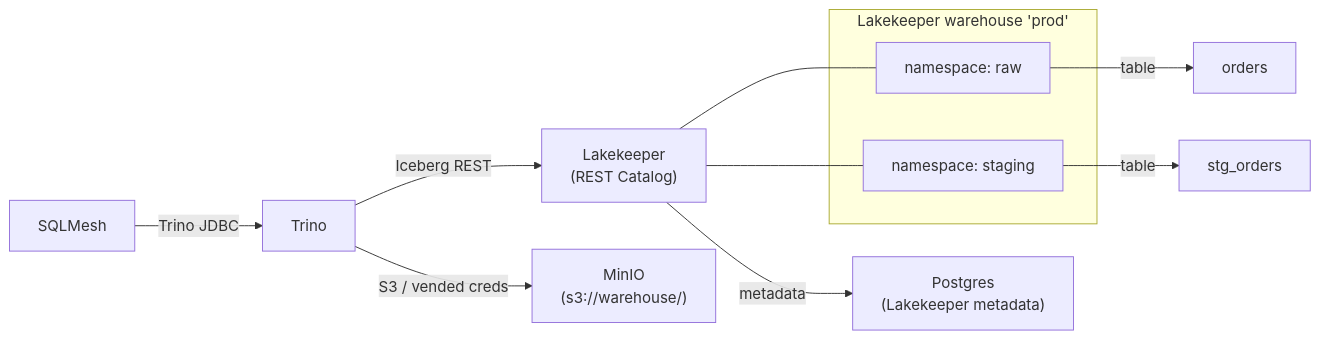
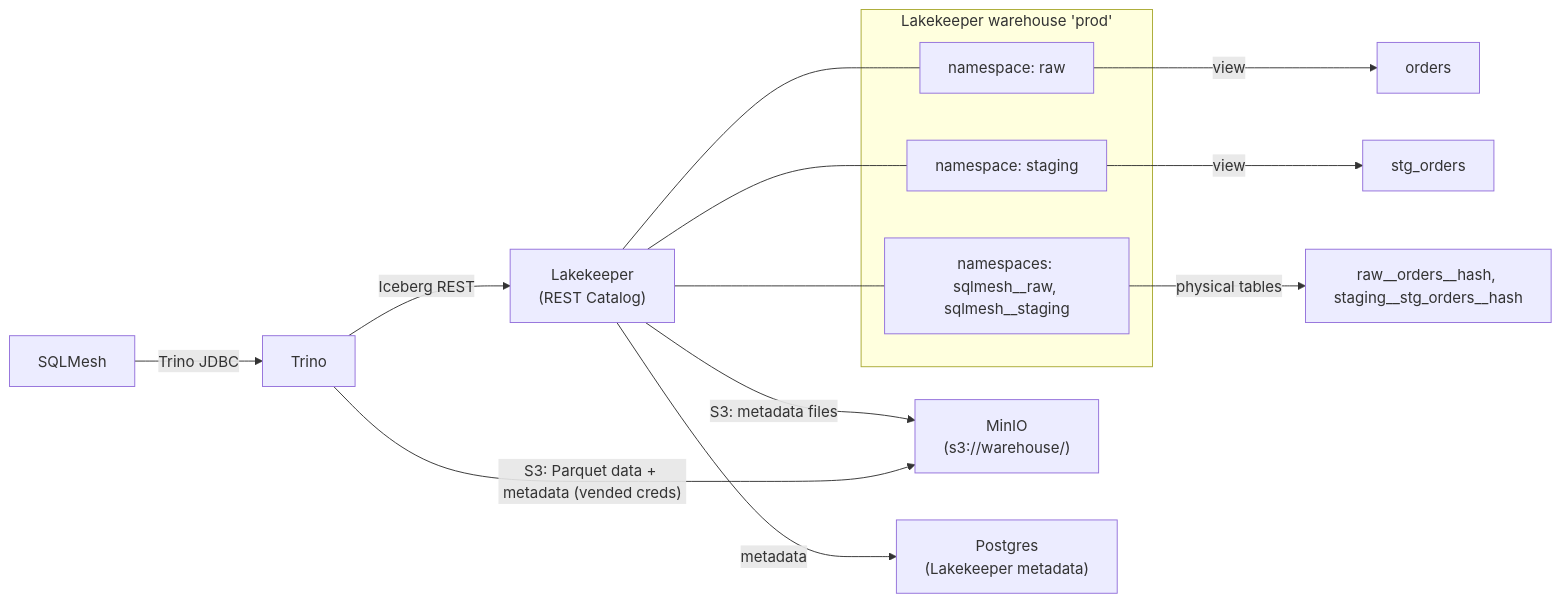
One commit to KikeSenpai/iceberg-analytics-engineering-template changed the diagram in README.md. Above: the diagram before and after it, drawn with Mermaid. The commit also changed other lines of this file and 4 other files, not shown here.

````diff
--- a/README.md
+++ b/README.md
@@ -131,22 +148,26 @@
 ```mermaid
 graph LR
     sqlmesh["SQLMesh"]
     trino["Trino"]
     lakekeeper["Lakekeeper\n(REST Catalog)"]
     minio["MinIO\n(s3://warehouse/)"]
     postgres["Postgres\n(Lakekeeper metadata)"]
 
     sqlmesh -- "Trino JDBC" --> trino
     trino -- "Iceberg REST" --> lakekeeper
     lakekeeper -- "metadata" --> postgres
-    trino -- "S3 / vended creds" --> minio
+    trino -- "S3: Parquet data + metadata (vended creds)" --> minio
+    lakekeeper -- "S3: metadata files" --> minio
 
     subgraph "Lakekeeper warehouse 'prod'"
         ns_raw["namespace: raw"]
         ns_staging["namespace: staging"]
+        ns_phys["namespaces: sqlmesh__raw, sqlmesh__staging"]
     end
     lakekeeper --- ns_raw
     lakekeeper --- ns_staging
-    ns_raw -- "table" --> tbl_orders["orders"]
-    ns_staging -- "table" --> tbl_stg["stg_orders"]
+    lakekeeper --- ns_phys
+    ns_raw -- "view" --> tbl_orders["orders"]
+    ns_staging -- "view" --> tbl_stg["stg_orders"]
+    ns_phys -- "physical tables" --> tbl_phys["raw__orders__hash, staging__stg_orders__hash"]
 ```
````
